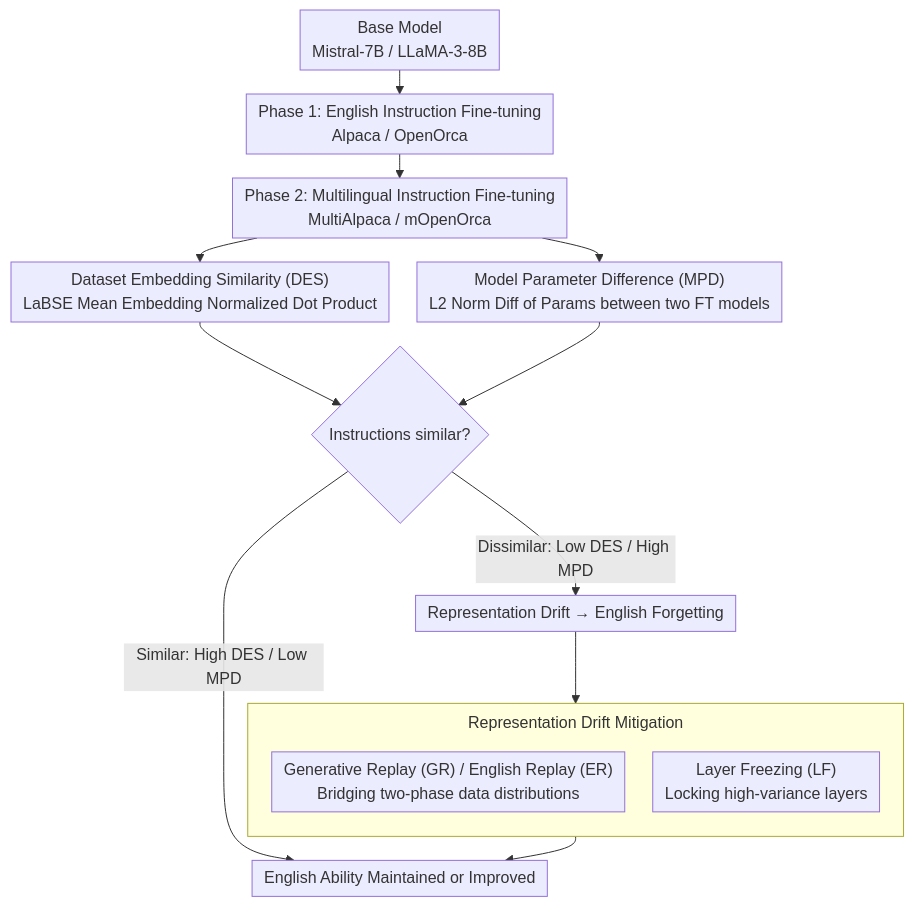
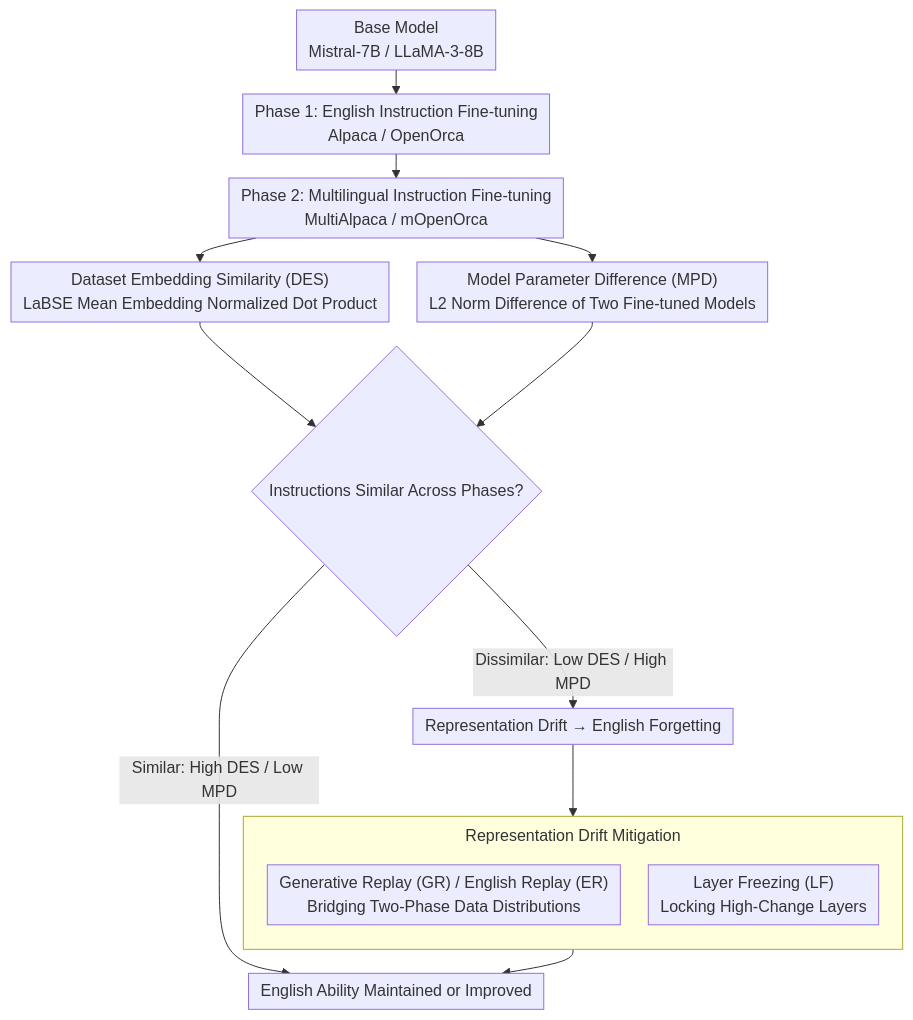
One commit to zhaoyang97/Paper-Notes-en changed the diagram in docs/ACL2026/multilingual_mt/exploring_continual_fine-tuning_for_enhancing_language_ability_in_large_language.md. Above: the diagram before and after it, drawn with Mermaid. The commit also changed other lines of this file and 5084 other files, not shown here.

````diff
--- a/docs/ACL2026/multilingual_mt/exploring_continual_fine-tuning_for_enhancing_language_ability_in_large_language.md
+++ b/docs/ACL2026/multilingual_mt/exploring_continual_fine-tuning_for_enhancing_language_ability_in_large_language.md
@@ -44,19 +44,19 @@
 ```mermaid
 %%{init: {'flowchart': {'rankSpacing': 24, 'nodeSpacing': 28, 'padding': 6, 'wrappingWidth': 400, 'subGraphTitleMargin': {'top': 8, 'bottom': 16}}}}%%
 flowchart TD
     A["Base Model<br/>Mistral-7B / LLaMA-3-8B"] --> B["Phase 1: English Instruction Fine-tuning<br/>Alpaca / OpenOrca"]
     B --> C["Phase 2: Multilingual Instruction Fine-tuning<br/>MultiAlpaca / mOpenOrca"]
     C --> D["Dataset Embedding Similarity (DES)<br/>LaBSE Mean Embedding Normalized Dot Product"]
-    C --> E["Model Parameter Difference (MPD)<br/>L2 Norm Diff of Params between two FT models"]
-    D --> F{"Instructions similar?"}
+    C --> E["Model Parameter Difference (MPD)<br/>L2 Norm Difference of Two Fine-tuned Models"]
+    D --> F{"Instructions Similar Across Phases?"}
     E --> F
     F -->|Similar: High DES / Low MPD| G["English Ability Maintained or Improved"]
     F -->|Dissimilar: Low DES / High MPD| H["Representation Drift → English Forgetting"]
     subgraph K["Representation Drift Mitigation"]
         direction TB
-        I["Generative Replay (GR) / English Replay (ER)<br/>Bridging two-phase data distributions"]
-        J["Layer Freezing (LF)<br/>Locking high-variance layers"]
+        I["Generative Replay (GR) / English Replay (ER)<br/>Bridging Two-Phase Data Distributions"]
+        J["Layer Freezing (LF)<br/>Locking High-Change Layers"]
     end
     H --> K
     K --> G
 ```
````
